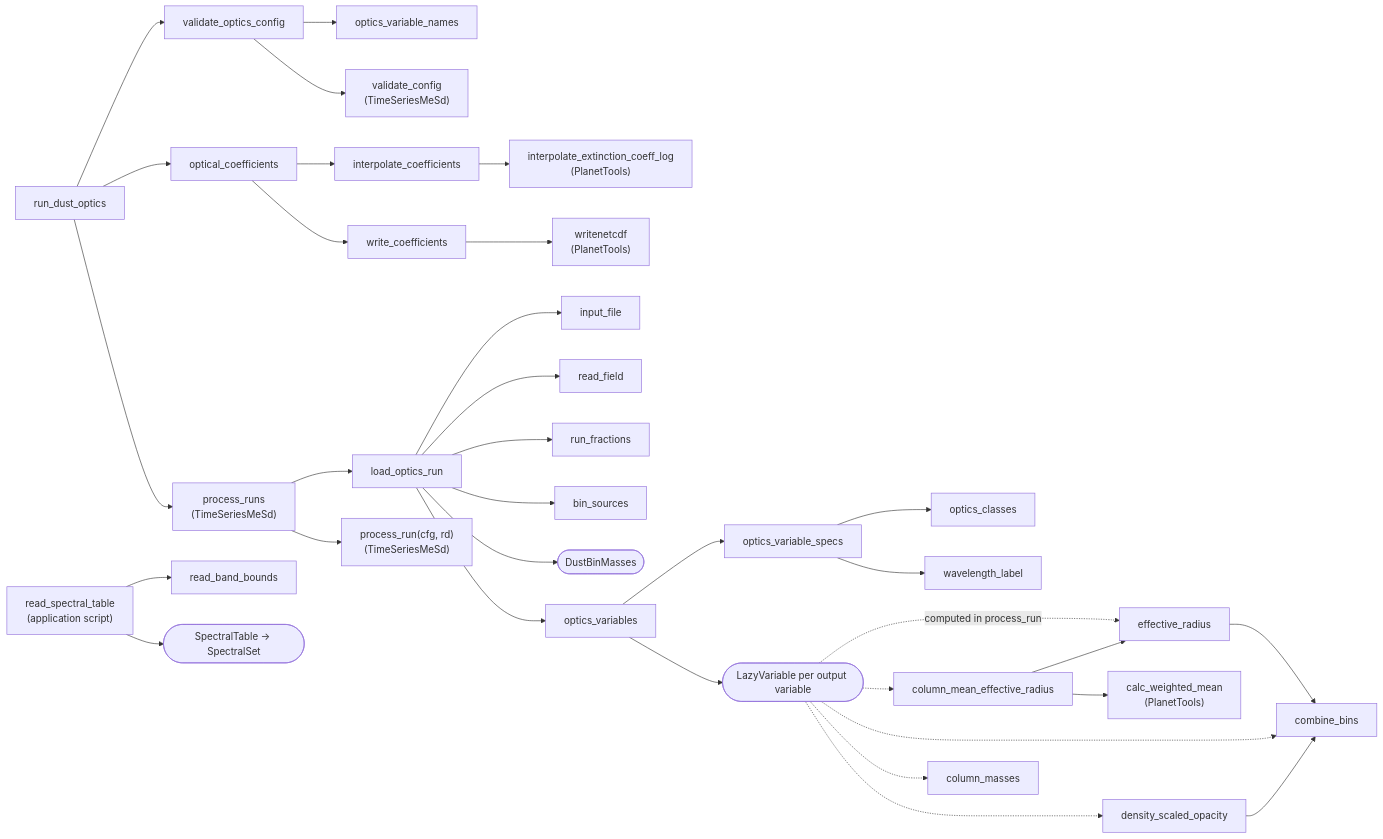
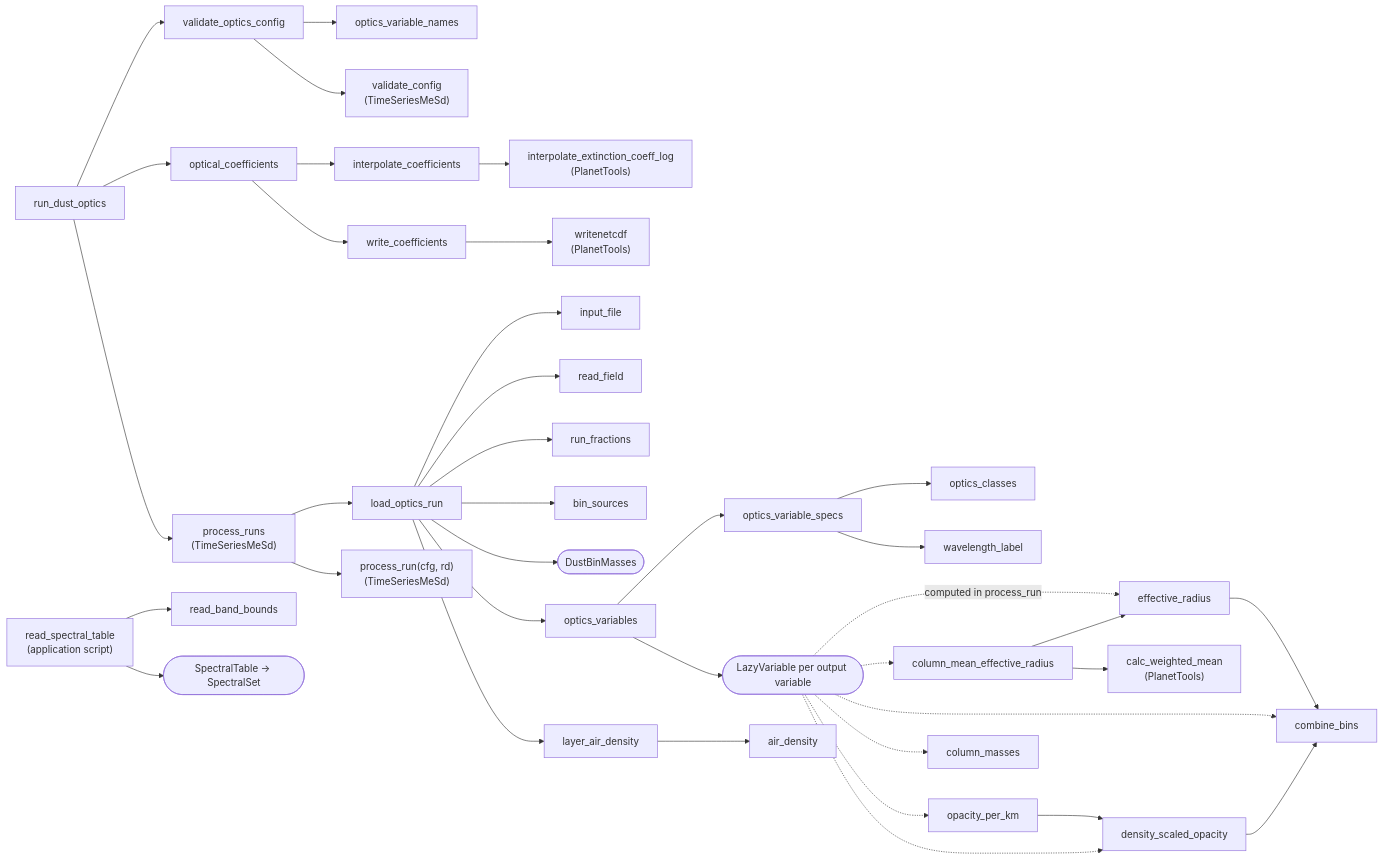
Before and after one commit to caprrepos/PlanetPostStats.jl: the fifth of 5 diagrams in docs/src/flowcharts.md, drawn with Mermaid. The commit also changed other lines of this file and 7 other files, not shown here.

First line of the commit message:
DustOptics: opacity per km of the layers (default), density-scaled opacity optional

````diff
--- a/docs/src/flowcharts.md
+++ b/docs/src/flowcharts.md
@@ -153,38 +153,42 @@
 ```mermaid
 flowchart LR
     RDO["run_dust_optics"] --> VOC["validate_optics_config"]
     VOC --> OVN["optics_variable_names"]
     VOC --> VC["validate_config<br/>(TimeSeriesMeSd)"]
     RDO --> OC["optical_coefficients"]
     OC --> IC["interpolate_coefficients"]
     IC --> IEL["interpolate_extinction_coeff_log<br/>(PlanetTools)"]
     OC --> WC["write_coefficients"]
     WC --> WN["writenetcdf<br/>(PlanetTools)"]
     RDO --> PRN["process_runs<br/>(TimeSeriesMeSd)"]
     PRN --> LOR["load_optics_run"]
     PRN --> PRd["process_run(cfg, rd)<br/>(TimeSeriesMeSd)"]
 
     RSTb["read_spectral_table<br/>(application script)"] --> RBB["read_band_bounds"]
     RSTb --> ST(["SpectralTable → SpectralSet"])
 
     LOR --> IF["input_file"]
     LOR --> RF["read_field"]
     LOR --> RFR["run_fractions"]
     LOR --> BS["bin_sources"]
     LOR --> DBM(["DustBinMasses"])
     LOR --> OV["optics_variables"]
     OV --> OVS["optics_variable_specs"]
     OVS --> OCL["optics_classes"]
     OVS --> WL["wavelength_label"]
     OV --> LV(["LazyVariable per output variable"])
 
     LV -. "computed in process_run" .-> ER["effective_radius"]
     LV -.-> CMER["column_mean_effective_radius"]
     LV -.-> CB["combine_bins"]
     LV -.-> CM["column_masses"]
-    LV -.-> DSO["density_scaled_opacity"]
+    LV -.-> OPK["opacity_per_km"]
+    OPK --> DSO["density_scaled_opacity"]
+    LV -.-> DSO
     DSO --> CB
+    LOR --> LAD["layer_air_density"]
+    LAD --> AD["air_density"]
     ER --> CB
     CMER --> ER
     CMER --> CWM["calc_weighted_mean<br/>(PlanetTools)"]
 ```
````
